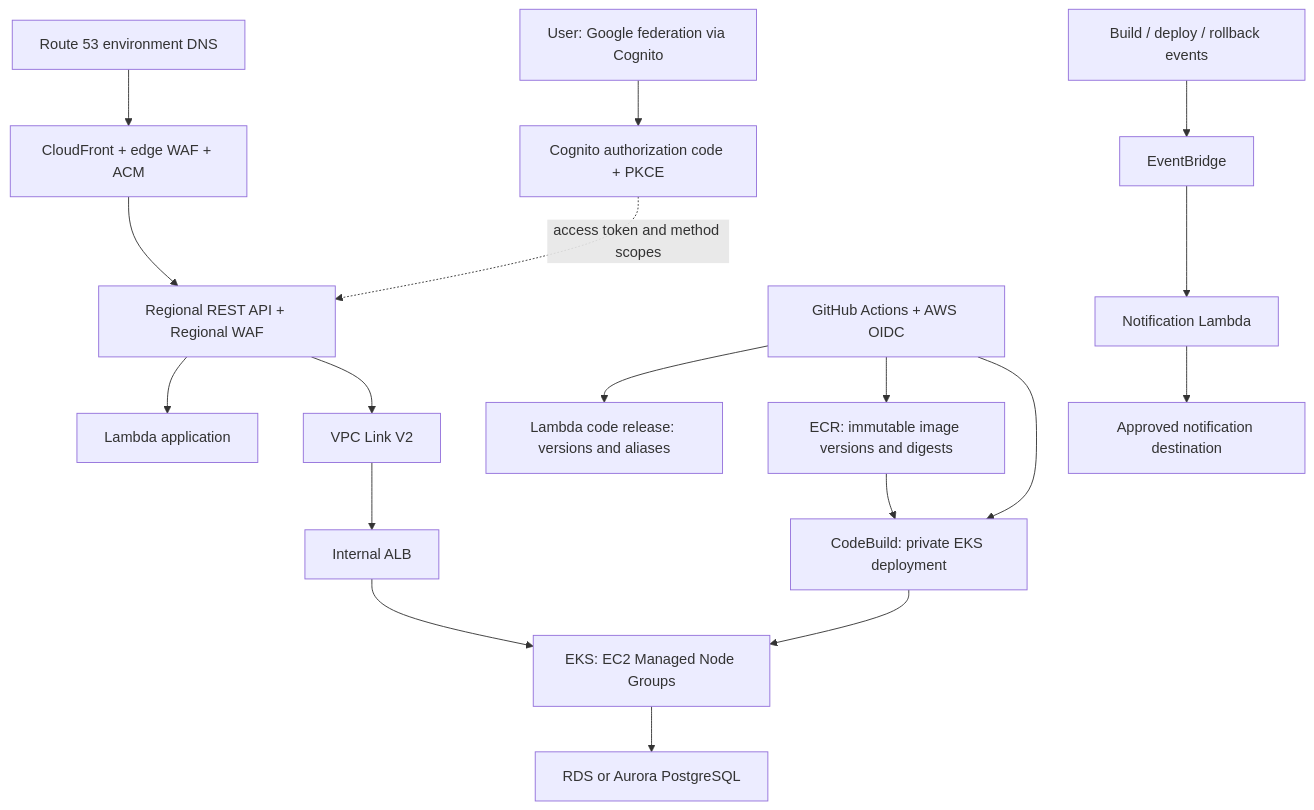
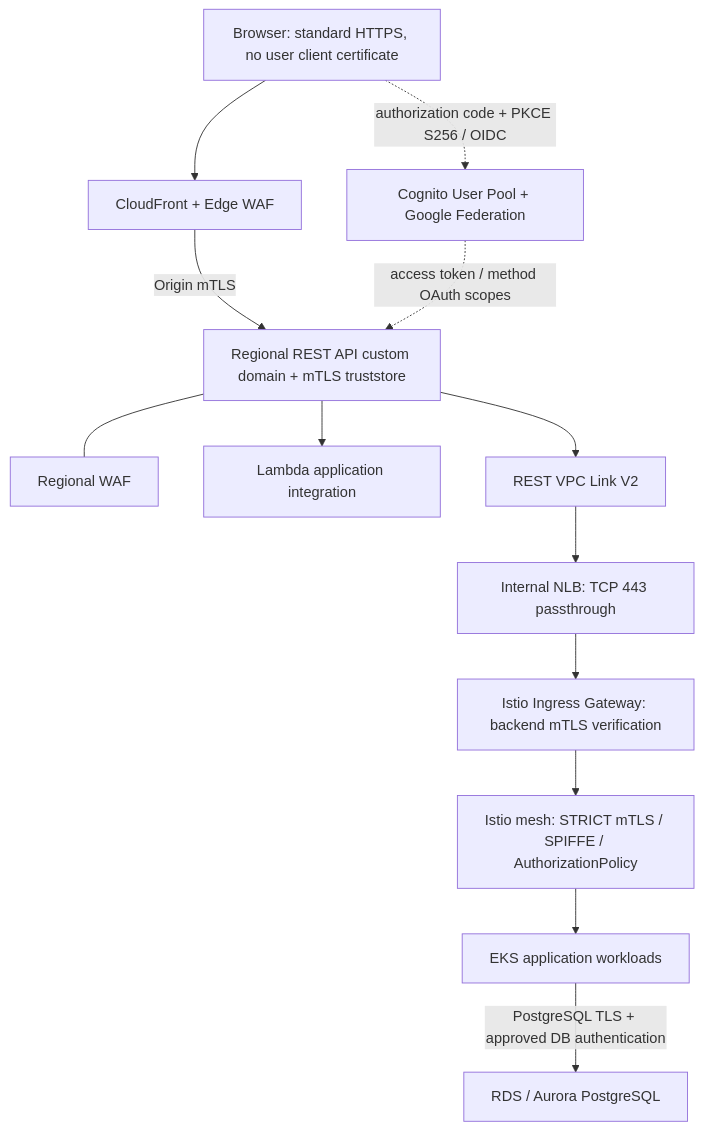
One commit to takayuki-ishida-engineer/aws-terraform-portfolio changed the diagram in docs/architecture-v2.md. Above: the diagram before and after it, drawn with Mermaid. The commit also changed other lines of this file and 4 other files, not shown here.

Commit message:
docs: align architecture v2 with Master Policy v10 (#23)

````diff
--- a/docs/architecture-v2.md
+++ b/docs/architecture-v2.md
@@ -23,20 +23,15 @@
 ```mermaid
 flowchart TD
-  DNS[Route 53 environment DNS] --> Edge[CloudFront + edge WAF + ACM]
-  Edge --> API[Regional REST API + Regional WAF]
-  User[User: Google federation via Cognito] --> Login[Cognito authorization code + PKCE]
-  Login -. access token and method scopes .-> API
-  API --> Fn[Lambda application]
-  API --> Link[VPC Link V2]
-  Link --> ALB[Internal ALB]
-  ALB --> EKS[EKS: EC2 Managed Node Groups]
-  EKS --> DB[RDS or Aurora PostgreSQL]
-  GHA[GitHub Actions + AWS OIDC] --> Release[Lambda code release: versions and aliases]
-  GHA --> ECR[ECR: immutable image versions and digests]
-  GHA --> Build[CodeBuild: private EKS deployment]
-  ECR --> Build
-  Build --> EKS
-  Events[Build / deploy / rollback events] --> Bus[EventBridge]
-  Bus --> Notify[Notification Lambda]
-  Notify --> Dest[Approved notification destination]
+  Browser[Browser: standard HTTPS, no user client certificate] --> Edge[CloudFront + Edge WAF]
+  Browser -. authorization code + PKCE S256 / OIDC .-> Cognito[Cognito User Pool + Google Federation]
+  Edge -->|Origin mTLS| API[Regional REST API custom domain + mTLS truststore]
+  Cognito -. access token / method OAuth scopes .-> API
+  API --- RWAF[Regional WAF]
+  API --> AppLambda[Lambda application integration]
+  API --> Link[REST VPC Link V2]
+  Link --> NLB[Internal NLB: TCP 443 passthrough]
+  NLB --> Gateway[Istio Ingress Gateway: backend mTLS verification]
+  Gateway --> Mesh[Istio mesh: STRICT mTLS / SPIFFE / AuthorizationPolicy]
+  Mesh --> EKS[EKS application workloads]
+  EKS -->|PostgreSQL TLS + approved DB authentication| DB[RDS / Aurora PostgreSQL]
 ```
````
